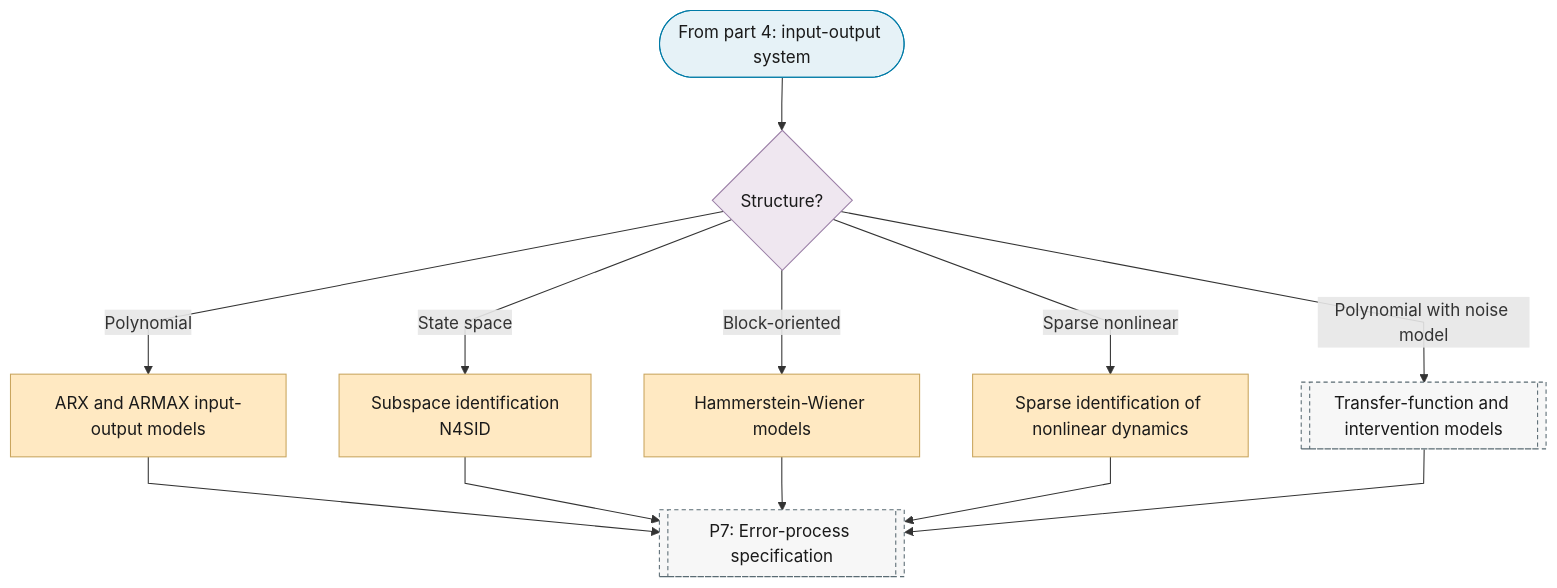
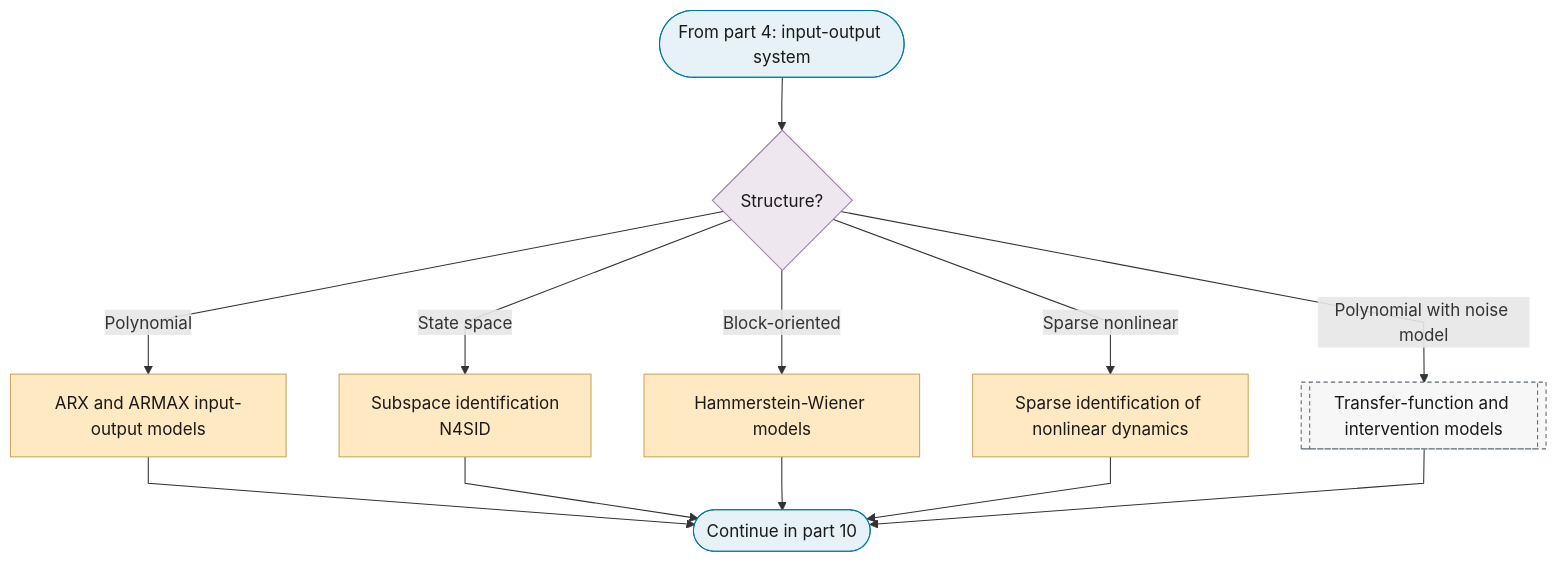
The seventh of 10 diagrams in docs/01-workflow/p06-mean-model-class.md (Shuxin-Y/time-series-analysis-manual), drawn with Mermaid before and after one commit. The commit also changed other lines of this file and 7 other files, not shown here.

````diff
--- a/docs/01-workflow/p06-mean-model-class.md
+++ b/docs/01-workflow/p06-mean-model-class.md
@@ -218,23 +187,23 @@
 ```mermaid
 %%{init: {"flowchart": {"curve": "linear"}}}%%
 graph TD
-    P6_PART_8_IN(["From part 4: input-output system"]) --> P6_IO_STRUCTURE{"Structure?"}
+    P6_PART_7_IN(["From part 4: input-output system"]) --> P6_IO_STRUCTURE{"Structure?"}
     P6_IO_STRUCTURE -->|"Polynomial"| P6_ARX_ARMAX["ARX and ARMAX input-output models"]
     P6_IO_STRUCTURE -->|"State space"| P6_SUBSPACE["Subspace identification<br/>N4SID"]
     P6_IO_STRUCTURE -->|"Block-oriented"| P6_HAMMERSTEIN_WIENER["Hammerstein-Wiener models"]
     P6_IO_STRUCTURE -->|"Sparse nonlinear"| P6_SINDY["Sparse identification of nonlinear dynamics"]
     P6_IO_STRUCTURE -->|"Polynomial with noise model"| P6_TRANSFER_FUNCTION[["Transfer-function and intervention models"]]
-    P6_ARX_ARMAX & P6_SUBSPACE & P6_HAMMERSTEIN_WIENER & P6_SINDY & P6_TRANSFER_FUNCTION --> P7[["P7: Error-process specification"]]
+    P6_ARX_ARMAX & P6_SUBSPACE & P6_HAMMERSTEIN_WIENER & P6_SINDY & P6_TRANSFER_FUNCTION --> P6_PART_7_OUT(["Continue in part 10"])
     class P6_ARX_ARMAX,P6_SUBSPACE,P6_HAMMERSTEIN_WIENER,P6_SINDY escalate
-    class P6_PART_8_IN terminator
+    class P6_PART_7_IN,P6_PART_7_OUT terminator
     class P6_IO_STRUCTURE decision
-    class P6_TRANSFER_FUNCTION,P7 ref
+    class P6_TRANSFER_FUNCTION ref
     classDef terminator fill:#E6F2F7,stroke:#007BA7,color:#1A1A1A;
     classDef process fill:#FFFFFF,stroke:#5A6B73,color:#1A1A1A;
     classDef decision fill:#EFE7F0,stroke:#9B7FA7,color:#1A1A1A;
     classDef data fill:#FFF4E0,stroke:#C9A55E,color:#1A1A1A;
     classDef good fill:#DCEFD8,stroke:#4A7A3F,color:#1A1A1A;
     classDef escalate fill:#FFE9C2,stroke:#C9A55E,color:#1A1A1A;
     classDef problem fill:#F2D9DE,stroke:#800020,color:#1A1A1A;
     classDef ref fill:#F7F7F7,stroke:#5A6B73,color:#1A1A1A,stroke-dasharray:4 3;
 ```
````
